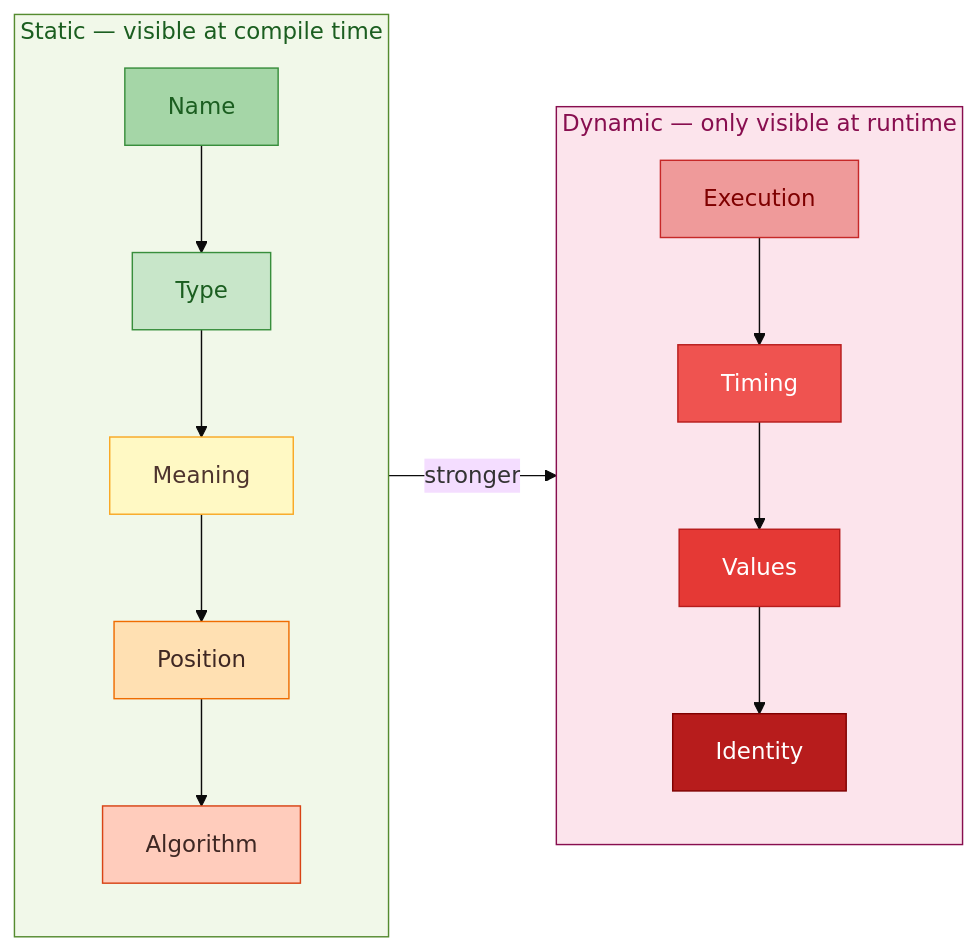
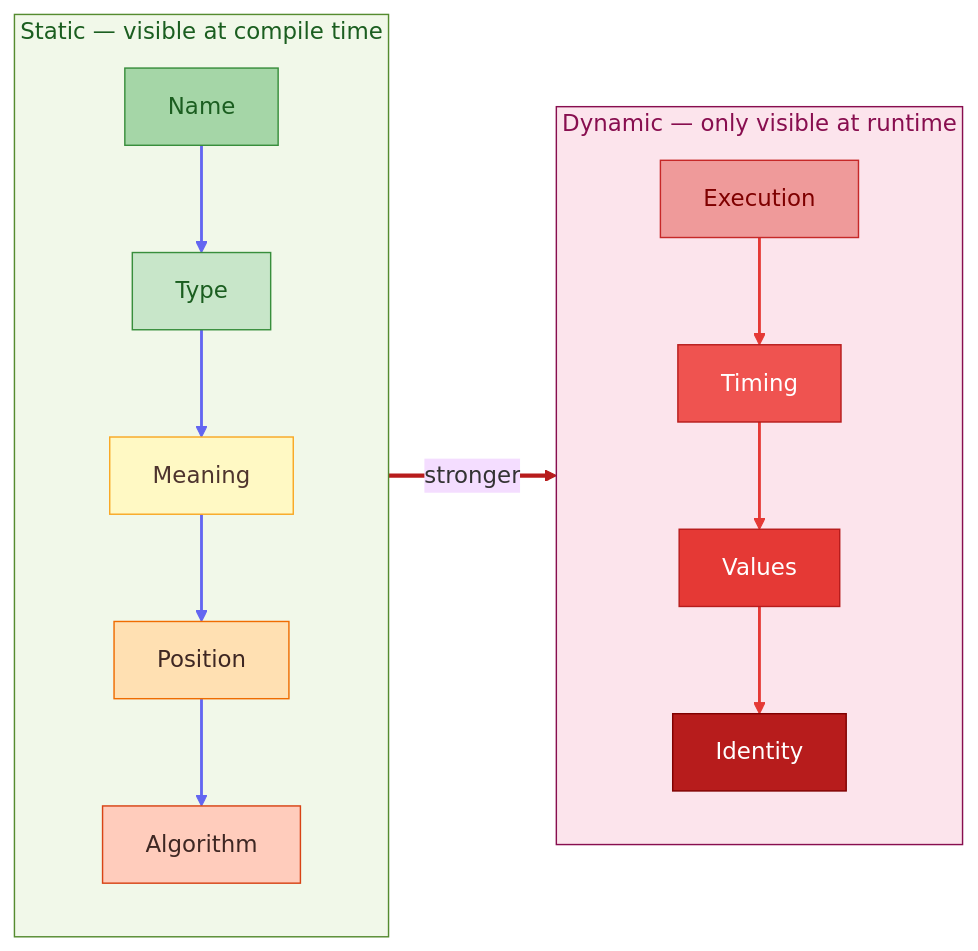
Before and after one commit to ozzgio/swbook-labs: the diagram in books/fundamentals-of-software-architecture/diagrams/02-connascence-hierarchy.md, drawn with Mermaid (base theme). The commit also changed 3 other files, not shown here.

First line of the commit message:
fix: visible arrows and clean node labels across all diagrams

````diff
--- a/books/fundamentals-of-software-architecture/diagrams/02-connascence-hierarchy.md
+++ b/books/fundamentals-of-software-architecture/diagrams/02-connascence-hierarchy.md
@@ -7,31 +7,35 @@
 ```mermaid
 flowchart LR
     subgraph STATIC["Static — visible at compile time"]
         CN["Name"] -->
         CTP["Type"] -->
         CM["Meaning"] -->
         CP["Position"] -->
         CA["Algorithm"]
     end
 
     subgraph DYNAMIC["Dynamic — only visible at runtime"]
         CE["Execution"] -->
         CT["Timing"] -->
         CV["Values"] -->
         CI["Identity"]
     end
 
     STATIC -->|"stronger"| DYNAMIC
 
+    linkStyle 0,1,2,3 stroke:#6366f1,stroke-width:2px
+    linkStyle 4,5,6 stroke:#e53935,stroke-width:2px
+    linkStyle 7 stroke:#b71c1c,stroke-width:3px
+
     style STATIC fill:#f1f8e9,stroke:#558b2f,color:#1b5e20
     style DYNAMIC fill:#fce4ec,stroke:#880e4f,color:#880e4f
     style CN fill:#a5d6a7,stroke:#388e3c,color:#1b5e20
     style CTP fill:#c8e6c9,stroke:#388e3c,color:#1b5e20
     style CM fill:#fff9c4,stroke:#f9a825,color:#4e342e
     style CP fill:#ffe0b2,stroke:#ef6c00,color:#3e2723
     style CA fill:#ffccbc,stroke:#d84315,color:#3e2723
     style CE fill:#ef9a9a,stroke:#c62828,color:#7f0000
     style CT fill:#ef5350,stroke:#b71c1c,color:#fff
     style CV fill:#e53935,stroke:#b71c1c,color:#fff
     style CI fill:#b71c1c,stroke:#7f0000,color:#fff
 ```
````
